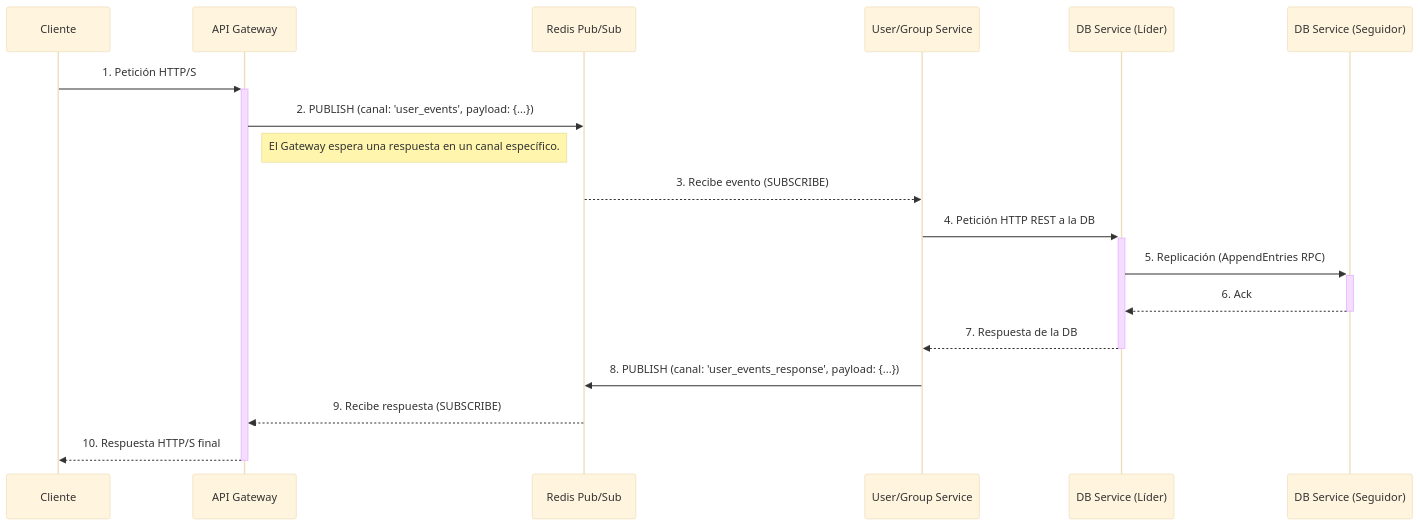
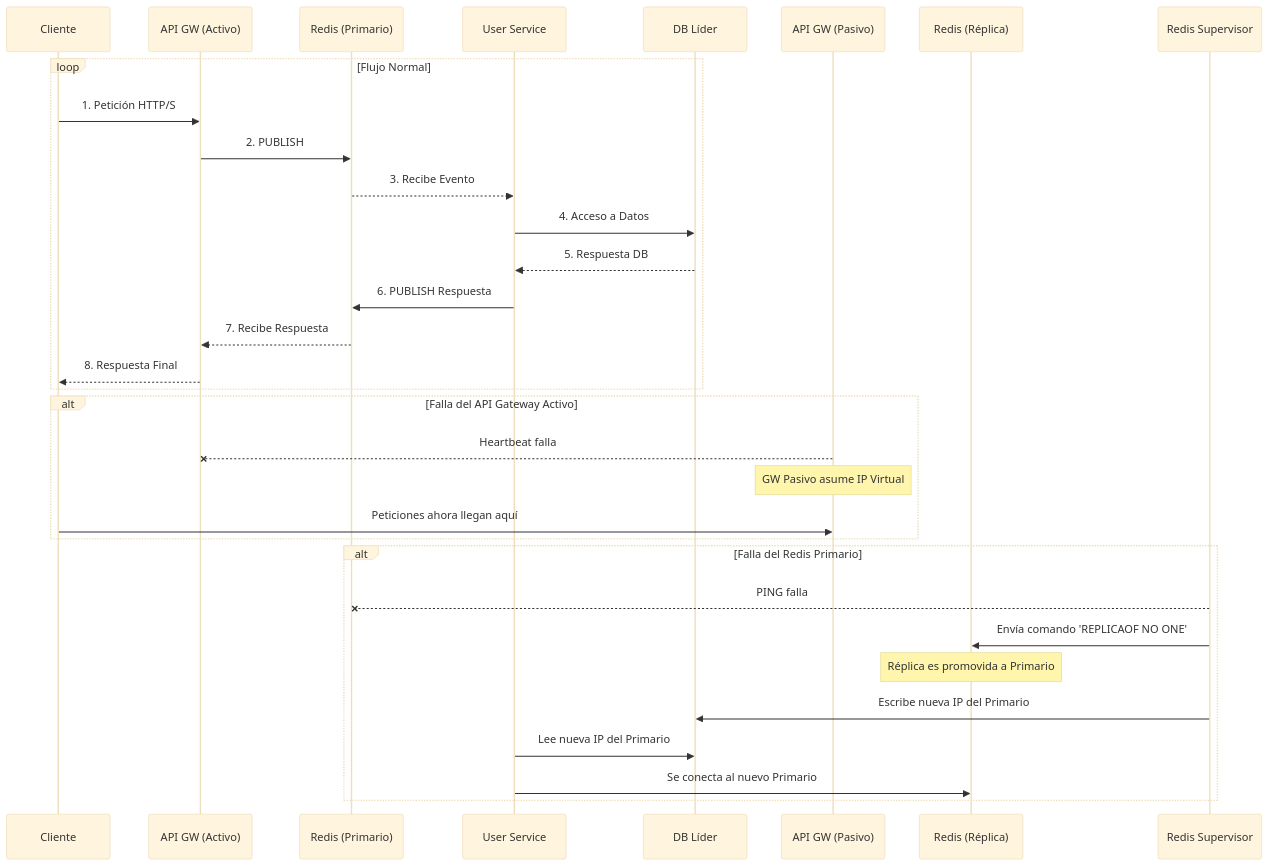
Before and after one commit to gaboCiber/Agenda_Distribuida: the diagram in Documents/Informe/imagenes/comunicacion.mmd, drawn with Mermaid. The commit also changed 13 other files, not shown here.

```diff
--- a/Documents/Informe/imagenes/comunicacion.mmd
+++ b/Documents/Informe/imagenes/comunicacion.mmd
@@ -1,20 +1,37 @@
 %%{init: {'theme': 'base', 'themeVariables': { 'background': '#f5f5f5' }}}%%
 sequenceDiagram
     participant C as Cliente
-    participant GW as API Gateway
-    participant Redis as Redis Pub/Sub
-    participant US as User/Group Service
-    participant DBL as DB Service (Líder)
-    participant DBF as DB Service (Seguidor)
+    participant GW_A as API GW (Activo)
+    participant Redis_P as Redis (Primario)
+    participant US as User Service
+    participant DBL as DB Líder
+    
+    loop Flujo Normal
+        C->>GW_A: 1. Petición HTTP/S
+        GW_A->>Redis_P: 2. PUBLISH
+        Redis_P-->>US: 3. Recibe Evento
+        US->>DBL: 4. Acceso a Datos
+        DBL-->>US: 5. Respuesta DB
+        US->>Redis_P: 6. PUBLISH Respuesta
+        Redis_P-->>GW_A: 7. Recibe Respuesta
+        GW_A-->>C: 8. Respuesta Final
+    end
 
-    C->>+GW: 1. Petición HTTP/S
-    GW->>Redis: 2. PUBLISH (canal: 'user_events', payload: {...})
-    note right of GW: El Gateway espera una respuesta en un canal específico.
-    Redis-->>US: 3. Recibe evento (SUBSCRIBE)
-    US->>+DBL: 4. Petición HTTP REST a la DB
-    DBL->>+DBF: 5. Replicación (AppendEntries RPC)
-    DBF-->>-DBL: 6. Ack
-    DBL-->>-US: 7. Respuesta de la DB
-    US->>Redis: 8. PUBLISH (canal: 'user_events_response', payload: {...})
-    Redis-->>GW: 9. Recibe respuesta (SUBSCRIBE)
-    GW-->>-C: 10. Respuesta HTTP/S final
+    participant GW_P as API GW (Pasivo)
+    participant Redis_R as Redis (Réplica)
+    participant RS as Redis Supervisor
+
+    alt Falla del API Gateway Activo
+        GW_P--xGW_A: Heartbeat falla
+        Note over GW_P: GW Pasivo asume IP Virtual
+        C->>GW_P: Peticiones ahora llegan aquí
+    end
+
+    alt Falla del Redis Primario
+        RS--xRedis_P: PING falla
+        RS->>Redis_R: Envía comando 'REPLICAOF NO ONE'
+        Note over Redis_R: Réplica es promovida a Primario
+        RS->>DBL: Escribe nueva IP del Primario
+        US->>DBL: Lee nueva IP del Primario
+        US->>Redis_R: Se conecta al nuevo Primario
+    end
```
